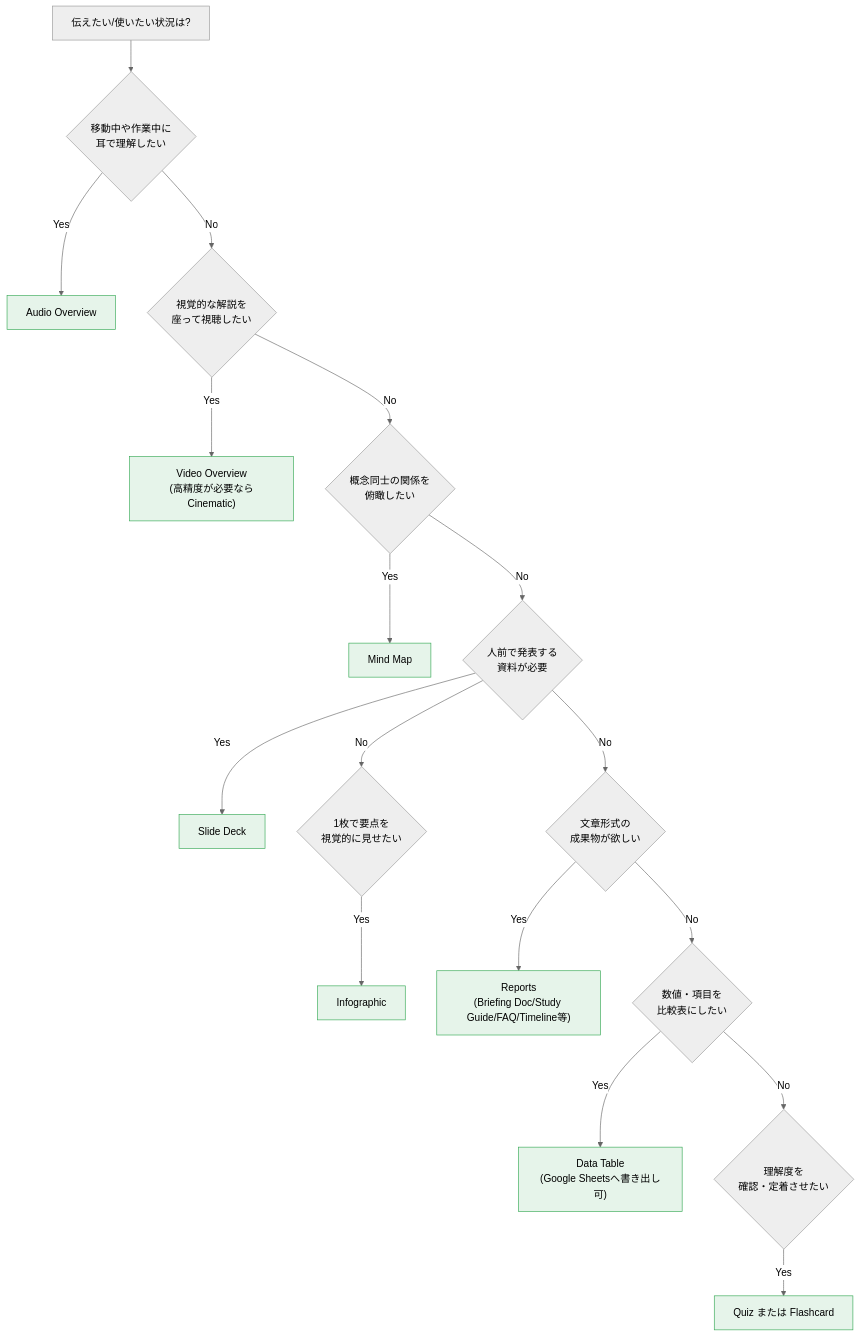
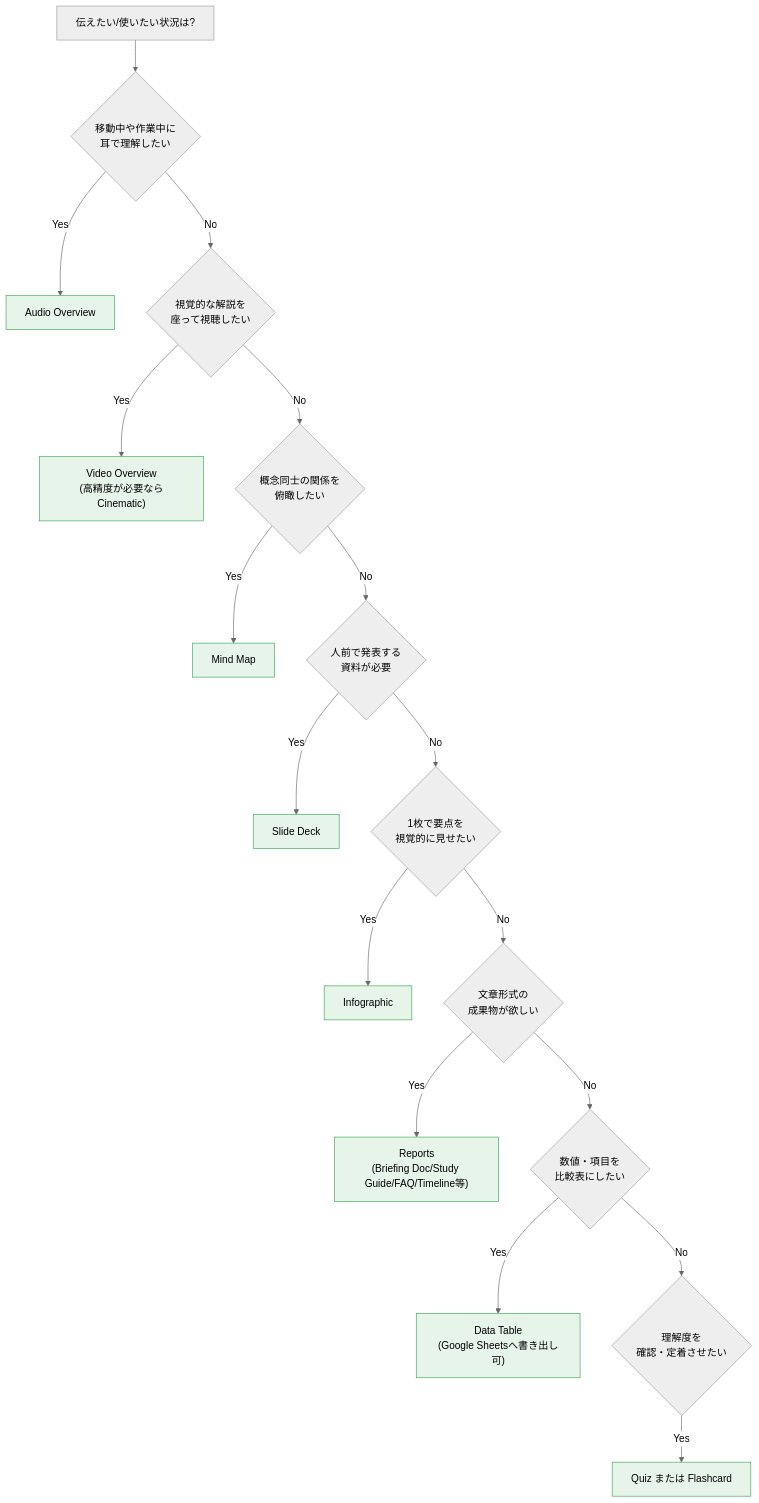
One commit to myoshi2891/Comparison-of-LLMs changed the eighth of 13 diagrams in archive/md/google/Google-NotebookLM.md. Above: the diagram before and after it, drawn with Mermaid (neutral theme). The commit also changed other lines of this file and 6 other files, not shown here.

````diff
--- a/archive/md/google/Google-NotebookLM.md
+++ b/archive/md/google/Google-NotebookLM.md
@@ -445,28 +447,28 @@
 ```mermaid
 flowchart TD
     Q["伝えたい/使いたい状況は?"] --> A{"移動中や作業中に<br/>耳で理解したい"}
     A -->|Yes| A1["Audio Overview"]
     A -->|No| B{"視覚的な解説を<br/>座って視聴したい"}
     B -->|Yes| B1["Video Overview<br/>(高精度が必要ならCinematic)"]
     B -->|No| C{"概念同士の関係を<br/>俯瞰したい"}
     C -->|Yes| C1["Mind Map"]
     C -->|No| D{"人前で発表する<br/>資料が必要"}
     D -->|Yes| D1["Slide Deck"]
     D -->|No| E{"1枚で要点を<br/>視覚的に見せたい"}
     E -->|Yes| E1["Infographic"]
-    D -->|No| F{"文章形式の<br/>成果物が欲しい"}
+    E -->|No| F{"文章形式の<br/>成果物が欲しい"}
     F -->|Yes| F1["Reports<br/>(Briefing Doc/Study Guide/FAQ/Timeline等)"]
     F -->|No| G{"数値・項目を<br/>比較表にしたい"}
     G -->|Yes| G1["Data Table<br/>(Google Sheetsへ書き出し可)"]
     G -->|No| H{"理解度を<br/>確認・定着させたい"}
     H -->|Yes| H1["Quiz または Flashcard"]
 
     style A1 fill:#e6f4ea,stroke:#34a853
     style B1 fill:#e6f4ea,stroke:#34a853
     style C1 fill:#e6f4ea,stroke:#34a853
     style D1 fill:#e6f4ea,stroke:#34a853
     style E1 fill:#e6f4ea,stroke:#34a853
     style F1 fill:#e6f4ea,stroke:#34a853
     style G1 fill:#e6f4ea,stroke:#34a853
     style H1 fill:#e6f4ea,stroke:#34a853
 ```
````
